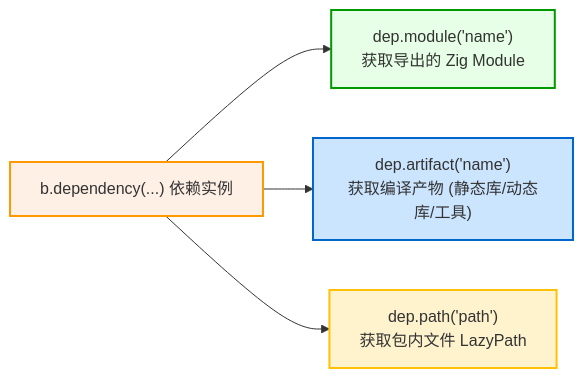
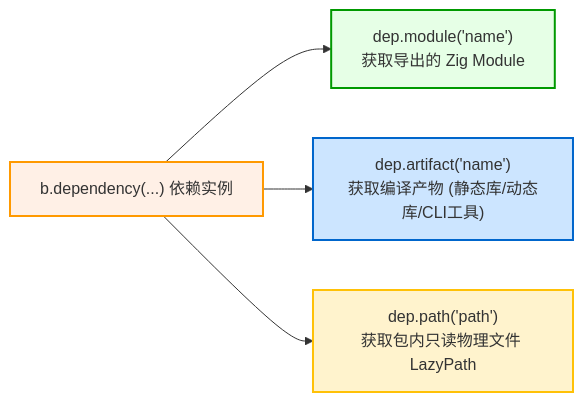
Before and after one commit to jiacai2050/x: the diagram in zig-build/src/api/dependency-api.md, drawn with Mermaid. The commit also changed other lines of this file and 22 other files, not shown here.

````diff
--- a/zig-build/src/api/dependency-api.md
+++ b/zig-build/src/api/dependency-api.md
@@ -31,17 +61,17 @@
 ```mermaid
 graph LR
     Dep["b.dependency(...) 依赖实例"]
     M_Mod["dep.module('name')<br/>获取导出的 Zig Module"]
-    M_Art["dep.artifact('name')<br/>获取编译产物 (静态库/动态库/工具)"]
-    M_Path["dep.path('path')<br/>获取包内文件 LazyPath"]
+    M_Art["dep.artifact('name')<br/>获取编译产物 (静态库/动态库/CLI工具)"]
+    M_Path["dep.path('path')<br/>获取包内只读物理文件 LazyPath"]
 
     Dep --> M_Mod
     Dep --> M_Art
     Dep --> M_Path
 
     classDef default fill:#f8f9fa,stroke:#495057;
     style Dep fill:#fff0e6,stroke:#ff9900,stroke-width:2px;
     style M_Mod fill:#e6ffe6,stroke:#009900,stroke-width:2px;
     style M_Art fill:#cce5ff,stroke:#0066cc,stroke-width:2px;
     style M_Path fill:#fff3cd,stroke:#ffc107,stroke-width:2px;
 ```
````
